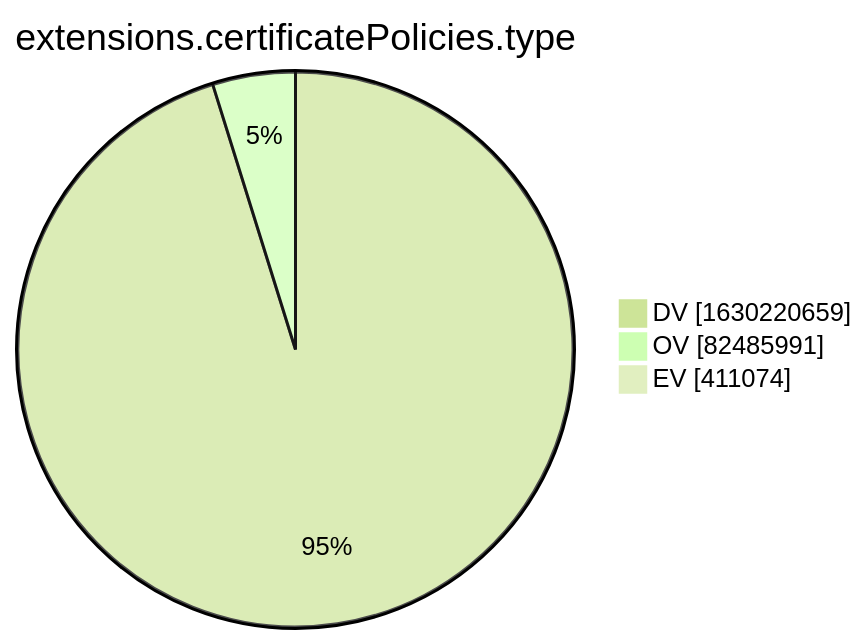
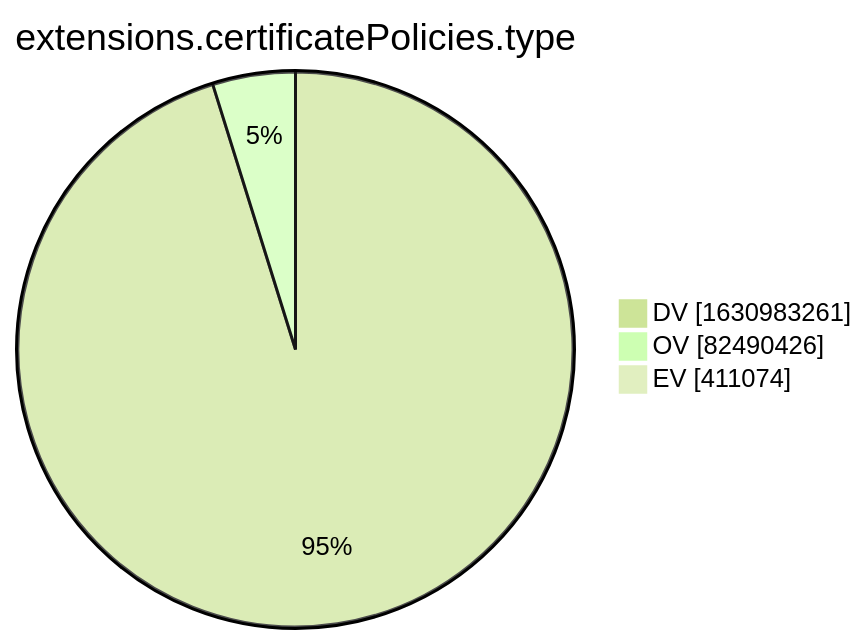
Before and after one commit to christiankrug/ctmonitor_visualization: the tenth of 15 diagrams in xenon2022/README.md, drawn with Mermaid (forest theme). The commit also changed other lines of this file, not shown here.

````diff
--- a/xenon2022/README.md
+++ b/xenon2022/README.md
@@ -2878,7 +2878,7 @@
 ```mermaid
 pie showData
 title extensions.certificatePolicies.type
-"DV" :1630220659
-"OV" :82485991
+"DV" :1630983261
+"OV" :82490426
 "EV" :411074
 ```
````
